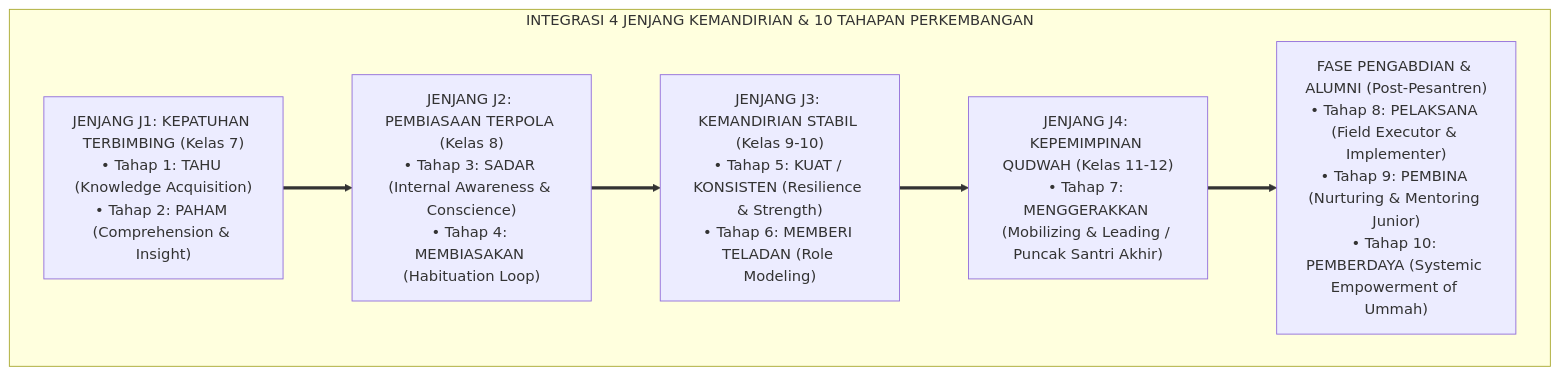
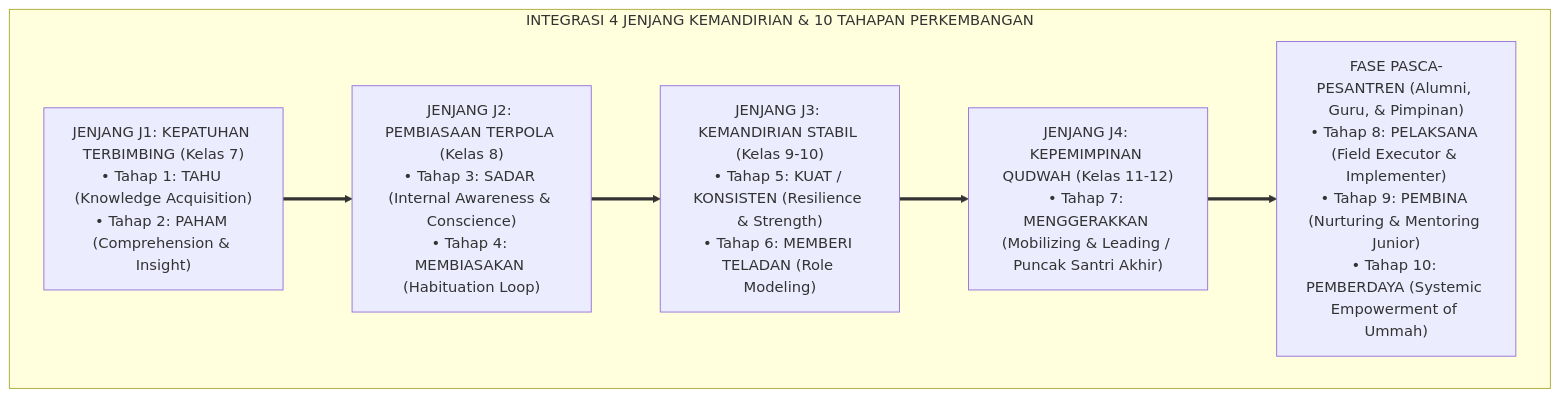
One commit to wandiapriliyandi/tumbuh changed the diagram in 04 Progression Framework/01 Development Stages/P4-01-Tahapan-Perkembangan-Makro-TUMBUH.md. Above: the diagram before and after it, drawn with Mermaid. The commit also changed 1 other file, not shown here.

Commit message:
fix(progression): set Pengabdian as Tahap 7 in-pesantren stage and Pasca-Pesantren as Alumni/Guru/Pimpinan

````diff
--- a/04 Progression Framework/01 Development Stages/P4-01-Tahapan-Perkembangan-Makro-TUMBUH.md
+++ b/04 Progression Framework/01 Development Stages/P4-01-Tahapan-Perkembangan-Makro-TUMBUH.md
@@ -22,16 +22,16 @@
 ```mermaid
 graph TD
     subgraph ModelIntegrasiJenjangDanTahapan["INTEGRASI 4 JENJANG KEMANDIRIAN & 10 TAHAPAN PERKEMBANGAN"]
         J1["JENJANG J1: KEPATUHAN TERBIMBING (Kelas 7)<br/>• Tahap 1: TAHU (Knowledge Acquisition)<br/>• Tahap 2: PAHAM (Comprehension & Insight)"]
         
         J2["JENJANG J2: PEMBIASAAN TERPOLA (Kelas 8)<br/>• Tahap 3: SADAR (Internal Awareness & Conscience)<br/>• Tahap 4: MEMBIASAKAN (Habituation Loop)"]
         
         J3["JENJANG J3: KEMANDIRIAN STABIL (Kelas 9-10)<br/>• Tahap 5: KUAT / KONSISTEN (Resilience & Strength)<br/>• Tahap 6: MEMBERI TELADAN (Role Modeling)"]
         
         J4["JENJANG J4: KEPEMIMPINAN QUDWAH (Kelas 11-12)<br/>• Tahap 7: MENGGERAKKAN (Mobilizing & Leading / Puncak Santri Akhir)"]
         
-        Pasca["FASE PENGABDIAN & ALUMNI (Post-Pesantren)<br/>• Tahap 8: PELAKSANA (Field Executor & Implementer)<br/>• Tahap 9: PEMBINA (Nurturing & Mentoring Junior)<br/>• Tahap 10: PEMBERDAYA (Systemic Empowerment of Ummah)"]
+        Pasca["FASE PASCA-PESANTREN (Alumni, Guru, & Pimpinan)<br/>• Tahap 8: PELAKSANA (Field Executor & Implementer)<br/>• Tahap 9: PEMBINA (Nurturing & Mentoring Junior)<br/>• Tahap 10: PEMBERDAYA (Systemic Empowerment of Ummah)"]
         
         J1 ==> J2 ==> J3 ==> J4 ==> Pasca
     end
 ```
````
